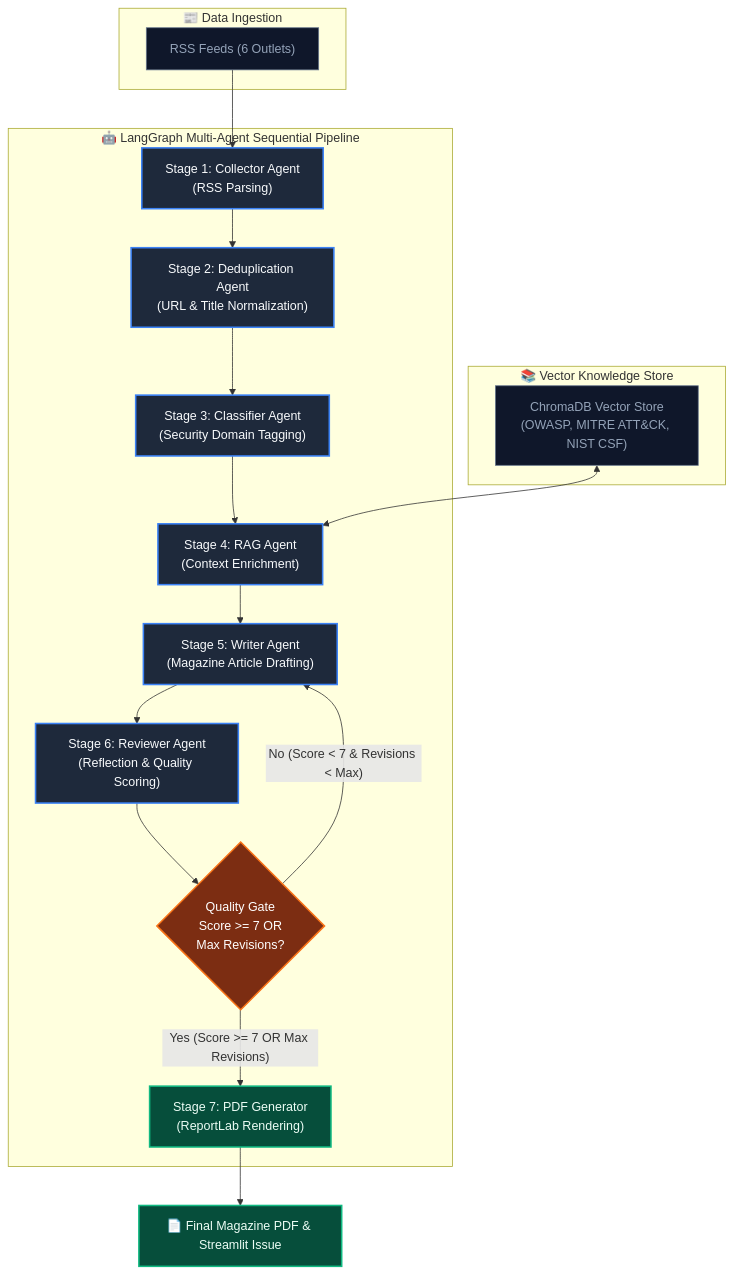
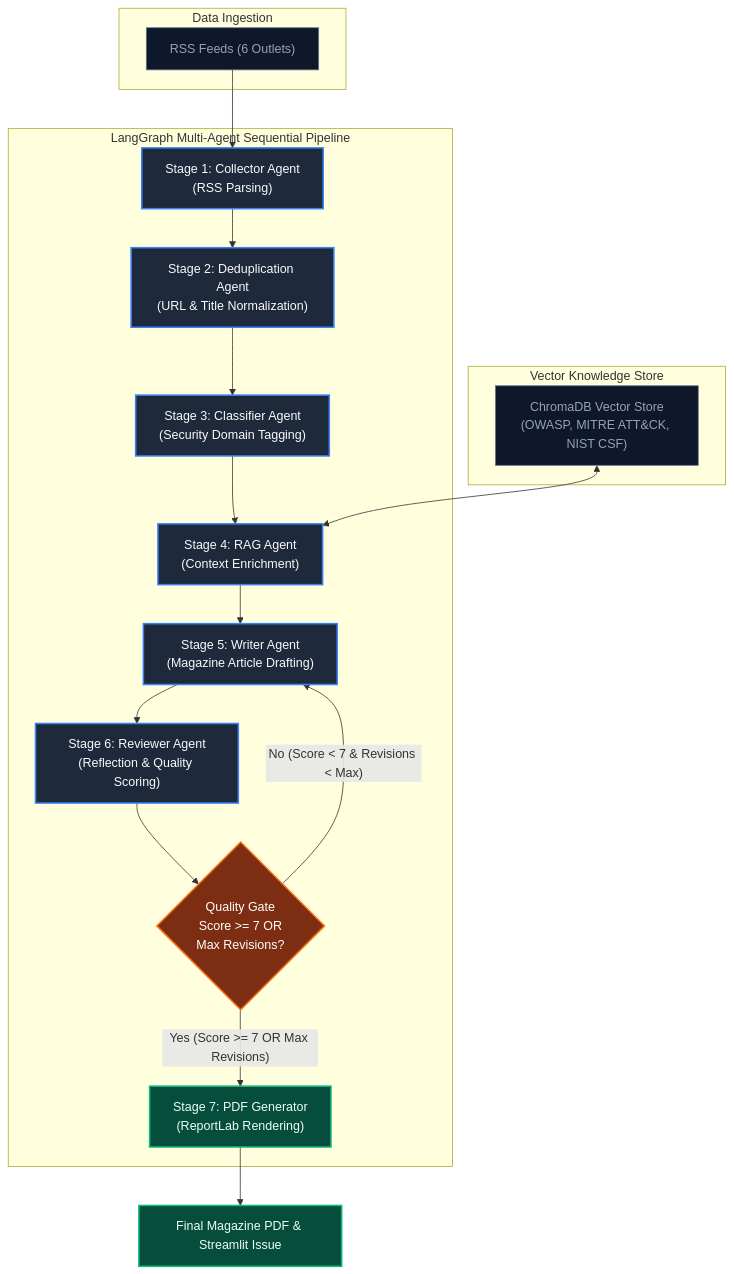
Before and after one commit to vikumkodikara/CyberQuill_Agent: the diagram in README.md, drawn with Mermaid. The commit also changed other lines of this file and 9 other files, not shown here.

````diff
--- a/README.md
+++ b/README.md
@@ -61,43 +61,43 @@
 ```mermaid
 graph TD
-    subgraph Feeds["📰 Data Ingestion"]
+    subgraph Feeds["Data Ingestion"]
         RSS["RSS Feeds (6 Outlets)"]
     end
 
-    subgraph Pipeline["🤖 LangGraph Multi-Agent Sequential Pipeline"]
+    subgraph Pipeline["LangGraph Multi-Agent Sequential Pipeline"]
         Collector["Stage 1: Collector Agent<br/>(RSS Parsing)"]
         Duplicate["Stage 2: Deduplication Agent<br/>(URL & Title Normalization)"]
         Classifier["Stage 3: Classifier Agent<br/>(Security Domain Tagging)"]
         RAG["Stage 4: RAG Agent<br/>(Context Enrichment)"]
         Writer["Stage 5: Writer Agent<br/>(Magazine Article Drafting)"]
         Reviewer["Stage 6: Reviewer Agent<br/>(Reflection & Quality Scoring)"]
         Decision{"Quality Gate<br/>Score >= 7 OR<br/>Max Revisions?"}
         PDF["Stage 7: PDF Generator<br/>(ReportLab Rendering)"]
     end
 
-    subgraph Knowledge["📚 Vector Knowledge Store"]
+    subgraph Knowledge["Vector Knowledge Store"]
         Chroma["ChromaDB Vector Store<br/>(OWASP, MITRE ATT&CK, NIST CSF)"]
     end
 
     RSS --> Collector
     Collector --> Duplicate
     Duplicate --> Classifier
     Classifier --> RAG
     Chroma <--> RAG
     RAG --> Writer
     Writer --> Reviewer
     Reviewer --> Decision
     Decision -- "No (Score < 7 & Revisions < Max)" --> Writer
     Decision -- "Yes (Score >= 7 OR Max Revisions)" --> PDF
-    PDF --> Output["📄 Final Magazine PDF & Streamlit Issue"]
+    PDF --> Output["Final Magazine PDF & Streamlit Issue"]
 
     classDef agent fill:#1e293b,stroke:#3b82f6,stroke-width:2px,color:#f8fafc;
     classDef decision fill:#7c2d12,stroke:#f97316,stroke-width:2px,color:#fff;
     classDef source fill:#0f172a,stroke:#64748b,stroke-width:1px,color:#94a3b8;
     classDef output fill:#064e3b,stroke:#10b981,stroke-width:2px,color:#ecfdf5;
 
     class Collector,Duplicate,Classifier,RAG,Writer,Reviewer agent;
     class Decision decision;
     class RSS,Chroma source;
     class PDF,Output output;
 ```
````
